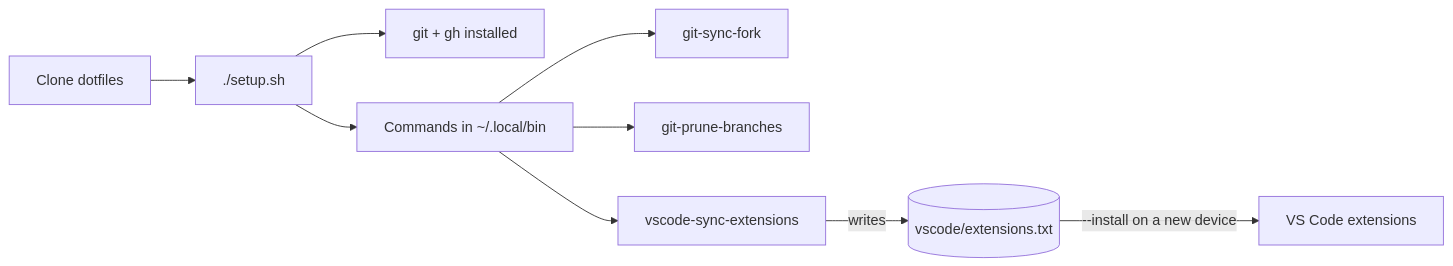
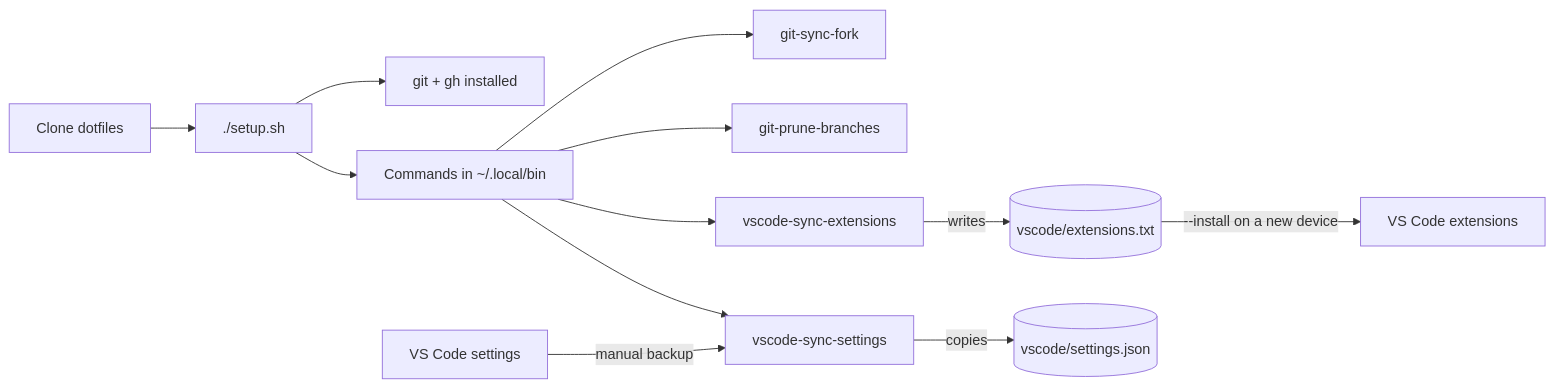
One commit to sleepinzombie/dotfiles changed the diagram in README.md. Above: the diagram before and after it, drawn with Mermaid. The commit also changed other lines of this file, not shown here.

Commit message:
Add vscode-sync-settings to the root README diagram
Show vscode-sync-settings in the how-it-works Mermaid diagram as a manual, one-way backup from VS Code into vscode/settings.json. Reword the VS Code row in the what's-inside table, since the extensions list is synced manually rather than automatically.

````diff
--- a/README.md
+++ b/README.md
@@ -52,11 +52,14 @@
 ```mermaid
 flowchart LR
     A[Clone dotfiles] --> B[./setup.sh]
     B --> C[git + gh installed]
     B --> D[Commands in ~/.local/bin]
     D --> E[git-sync-fork]
     D --> F[git-prune-branches]
     D --> G[vscode-sync-extensions]
     G -->|writes| H[(vscode/extensions.txt)]
     H -->|--install on a new device| I[VS Code extensions]
+    D --> J[vscode-sync-settings]
+    L[VS Code settings] -->|manual backup| J
+    J -->|copies| K[(vscode/settings.json)]
 ```
````
